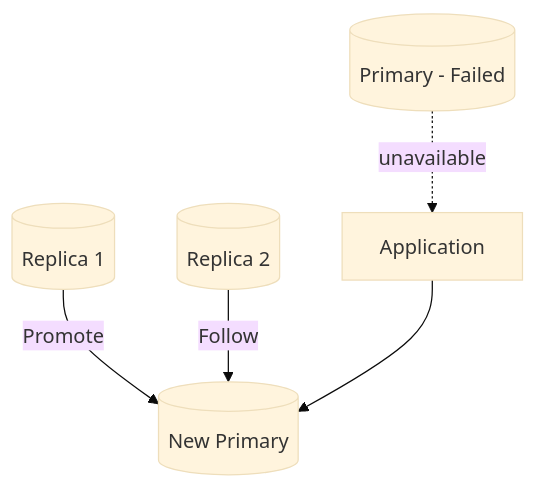
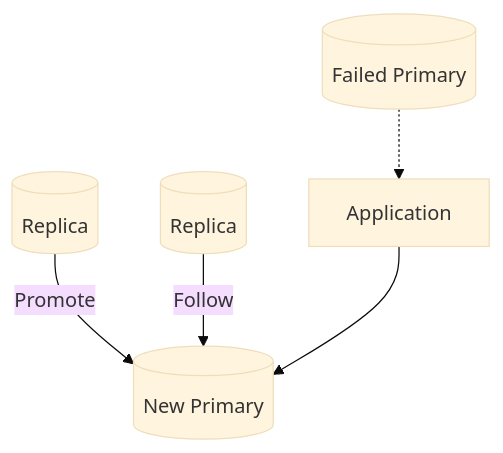
Before and after one commit to AvadhBhalodiya/Interview-Preparation: the fifth of 12 diagrams in src/content/databases/replication-sharding-partitioning.md, drawn with Mermaid (base theme). The commit also changed other lines of this file and 80 other files, not shown here.

````diff
--- a/src/content/databases/replication-sharding-partitioning.md
+++ b/src/content/databases/replication-sharding-partitioning.md
@@ -343,7 +297,7 @@
 ```mermaid
 flowchart TD
-    P[(Primary - Failed)] -. unavailable .-> APP[Application]
-    R1[(Replica 1)] -->|Promote| NP[(New Primary)]
-    R2[(Replica 2)] -->|Follow| NP
-    APP --> NP
+    OLD[(Failed Primary)] -.-> APP[Application]
+    R1[(Replica)] -->|Promote| NEW[(New Primary)]
+    R2[(Replica)] -->|Follow| NEW
+    APP --> NEW
 ```
````
